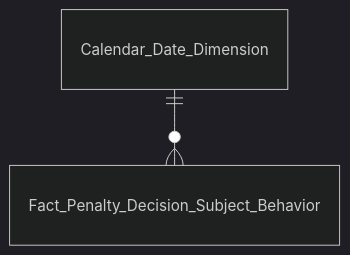
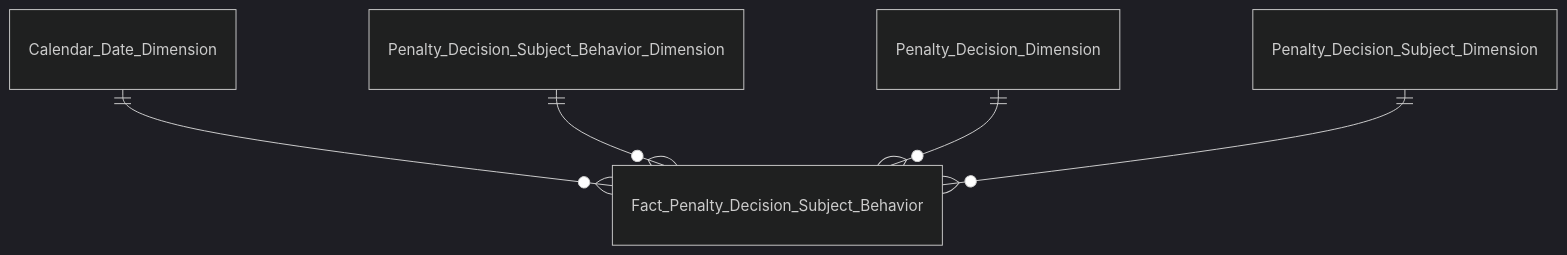
The sixth of 8 diagrams in Datamart/hld/DTM_TT_Entities.md (linhlvit/ubck_atomic_design), drawn with Mermaid (dark theme) before and after one commit. The commit also changed other lines of this file and 27 other files, not shown here.

````diff
--- a/Datamart/hld/DTM_TT_Entities.md
+++ b/Datamart/hld/DTM_TT_Entities.md
@@ -99,4 +109,7 @@
 ```mermaid
 erDiagram
     Calendar_Date_Dimension ||--o{ Fact_Penalty_Decision_Subject_Behavior : " "
+    Penalty_Decision_Subject_Behavior_Dimension ||--o{ Fact_Penalty_Decision_Subject_Behavior : " "
+    Penalty_Decision_Dimension ||--o{ Fact_Penalty_Decision_Subject_Behavior : " "
+    Penalty_Decision_Subject_Dimension ||--o{ Fact_Penalty_Decision_Subject_Behavior : " "
 ```
````
